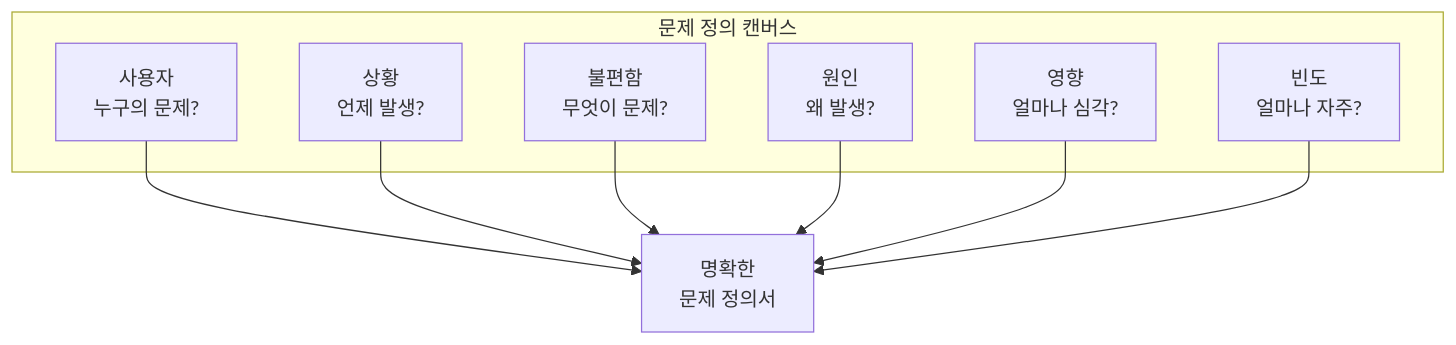
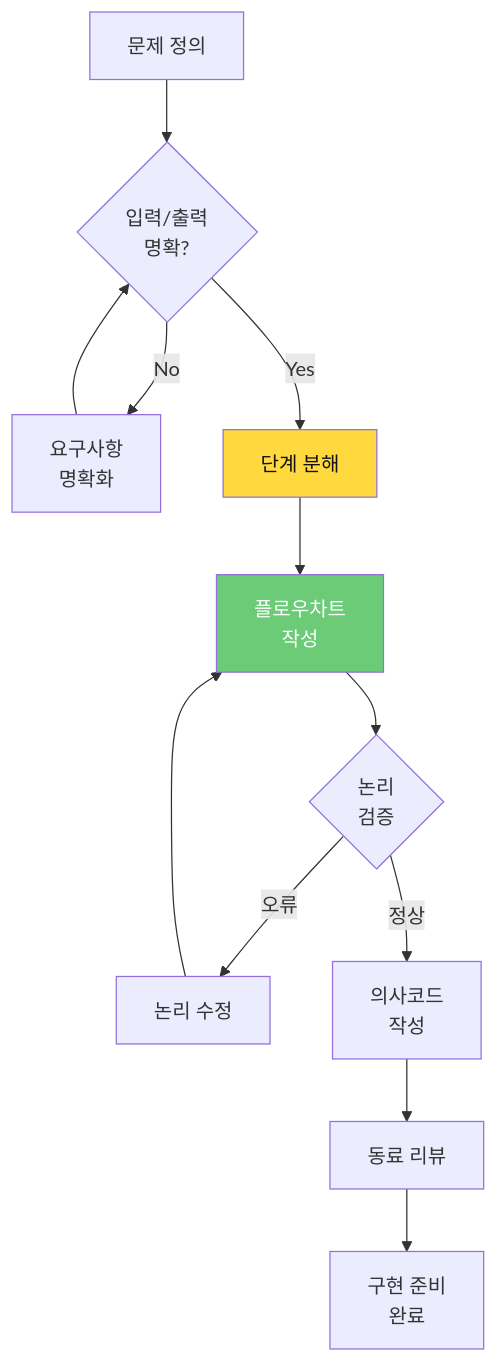
Before and after one commit to Collegenie-X/Smart_Factory_Arms_Project: the third of 10 diagrams in docs/03_바이브_코딩_가이드.md, drawn with Mermaid. The commit also changed other lines of this file and 17 other files, not shown here.

````diff
--- a/docs/03_바이브_코딩_가이드.md
+++ b/docs/03_바이브_코딩_가이드.md
@@ -89,18 +65,20 @@
 ```mermaid
-graph TB
-    subgraph 문제정의[문제 정의 캔버스]
-        P1[사용자<br/>누구의 문제?]
-        P2[상황<br/>언제 발생?]
-        P3[불편함<br/>무엇이 문제?]
-        P4[원인<br/>왜 발생?]
-        P5[영향<br/>얼마나 심각?]
-        P6[빈도<br/>얼마나 자주?]
-    end
+graph TD
+    START[문제 정의] --> Q1{입력/출력<br/>명확?}
+    Q1 -->|No| CLARIFY[요구사항<br/>명확화]
+    CLARIFY --> Q1
+    Q1 -->|Yes| DECOMP[단계 분해]
     
-    P1 --> PROB[명확한<br/>문제 정의서]
-    P2 --> PROB
-    P3 --> PROB
-    P4 --> PROB
-    P5 --> PROB
-    P6 --> PROB
+    DECOMP --> FLOW[플로우차트<br/>작성]
+    FLOW --> VALIDATE{논리<br/>검증}
+    
+    VALIDATE -->|오류| FIX[논리 수정]
+    FIX --> FLOW
+    VALIDATE -->|정상| PSEUDO[의사코드<br/>작성]
+    
+    PSEUDO --> REVIEW[동료 리뷰]
+    REVIEW --> READY[구현 준비<br/>완료]
+    
+    style DECOMP fill:#FFD93D,color:#111
+    style FLOW fill:#6BCB77,color:#fff
 ```
````
